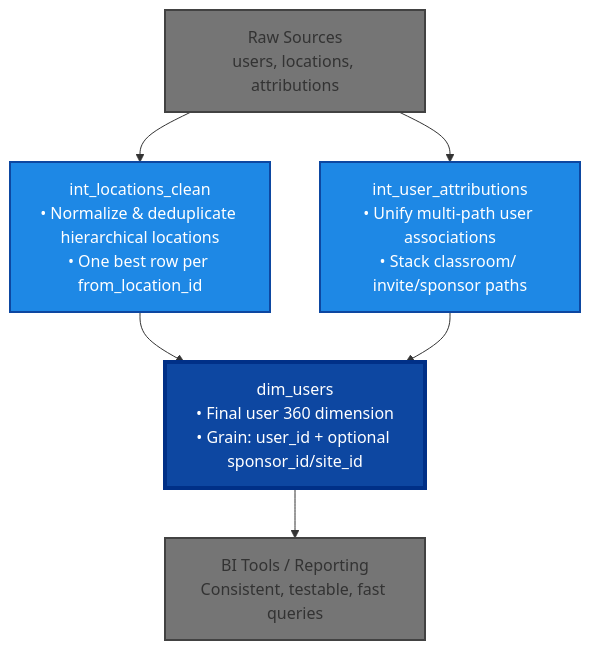
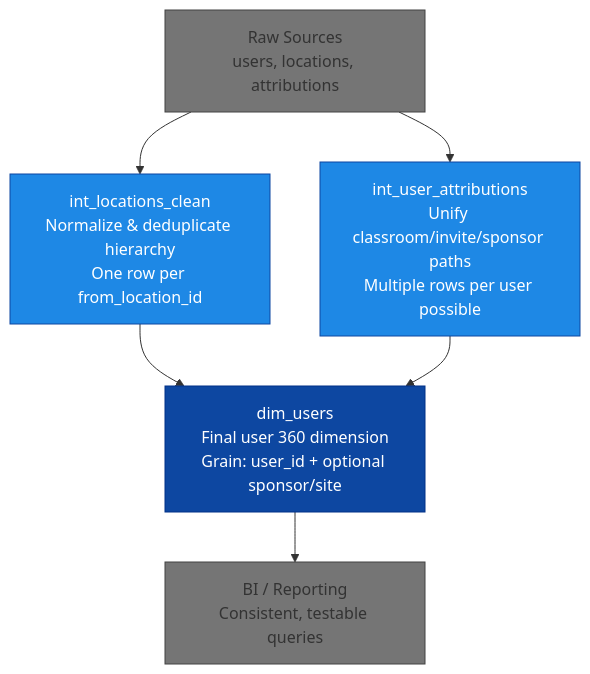
One commit to space-lumps/bigquery-dbt-user-dimension changed the diagram in README.md. Above: the diagram before and after it, drawn with Mermaid. The commit also changed other lines of this file, not shown here.

````diff
--- a/README.md
+++ b/README.md
@@ -48,14 +30,14 @@
 ```mermaid
 graph TD
-    A[Raw Sources<br>users, locations, attributions] --> B[int_locations_clean<br>• Normalize & deduplicate hierarchical locations<br>• One best row per from_location_id]
-    A --> C[int_user_attributions<br>• Unify multi-path user associations<br>• Stack classroom/ invite/sponsor paths]
-    B --> D[dim_users<br>• Final user 360 dimension<br>• Grain: user_id + optional sponsor_id/site_id]
+    A[Raw Sources<br>users, locations, attributions] --> B[int_locations_clean<br>Normalize & deduplicate hierarchy<br>One row per from_location_id]
+    A --> C[int_user_attributions<br>Unify classroom/invite/sponsor paths<br>Multiple rows per user possible]
+    B --> D[dim_users<br>Final user 360 dimension<br>Grain: user_id + optional sponsor/site]
     C --> D
-    D --> E[BI Tools / Reporting<br>Consistent, testable, fast queries]
+    D --> E[BI / Reporting<br>Consistent, testable queries]
 
-    style A fill:#757575,stroke:#424242,stroke-width:2px
-    style B fill:#1e88e5,stroke:#0d47a1,stroke-width:2px,color:#fff
-    style C fill:#1e88e5,stroke:#0d47a1,stroke-width:2px,color:#fff
-    style D fill:#0d47a1,stroke:#003087,stroke-width:4px,color:#fff
-    style E fill:#757575,stroke:#424242,stroke-width:2px
+    style A fill:#757575,stroke:#424242
+    style B fill:#1e88e5,stroke:#0d47a1,color:#fff
+    style C fill:#1e88e5,stroke:#0d47a1,color:#fff
+    style D fill:#0d47a1,stroke:#003087,color:#fff
+    style E fill:#757575,stroke:#424242
 ```
````
